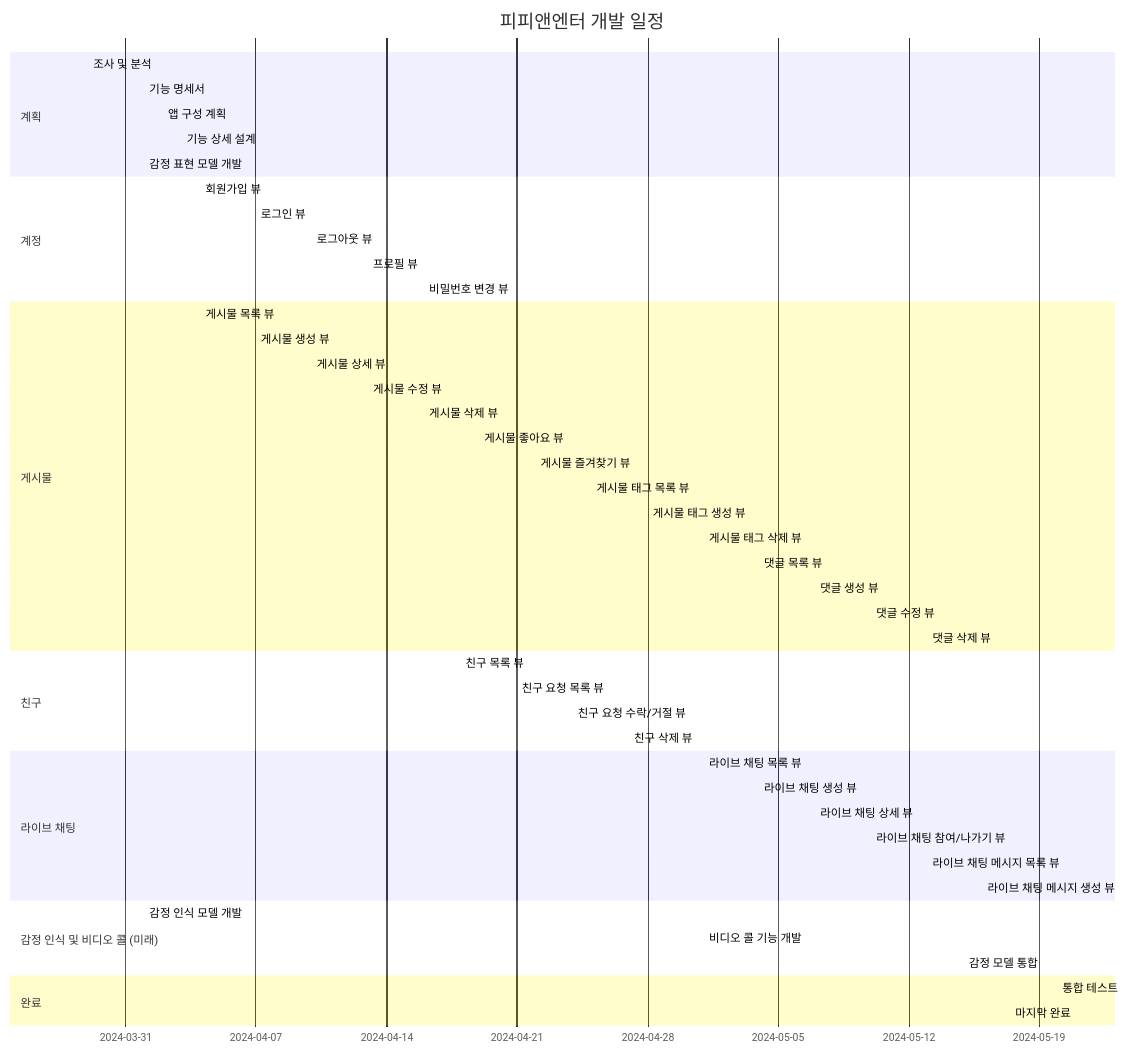
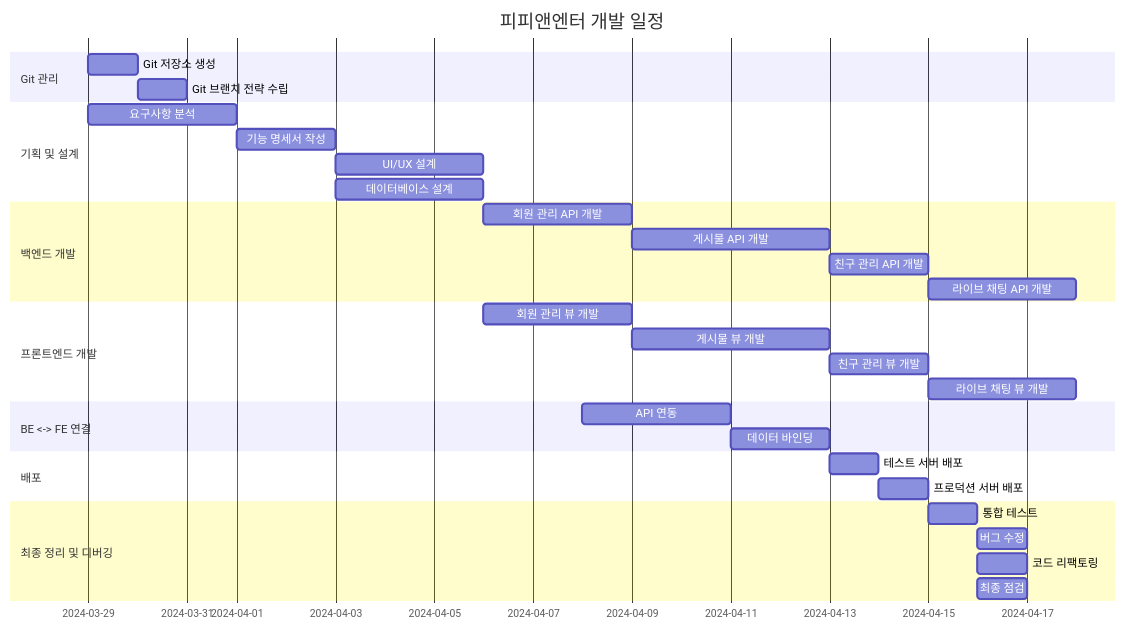
Before and after one commit to PP-ENTER/PP-ENTER-BE: the second of 7 diagrams in README.md, drawn with Mermaid.

Commit message:
DOCS : 개발 일정(WBS)

````diff
--- a/README.md
+++ b/README.md
@@ -235,53 +235,44 @@
 ```mermaid
 
 gantt
     title 피피앤엔터 개발 일정
     dateFormat YY-MM-DD
-    section 계획
-        조사 및 분석 : 2024-03-29, 3일
-        기능 명세서 : 2024-04-01, 1일
-        앱 구성 계획 : 2024-04-02, 1일
-        기능 상세 설계 : 2024-04-03, 1일
-        감정 표현 모델 개발 : 2024-04-01, 3일
-    section 계정
-        회원가입 뷰 : 2024-04-04, 3일
-        로그인 뷰 : 2024-04-07, 3일
-        로그아웃 뷰 : 2024-04-10, 3일
-        프로필 뷰 : 2024-04-13, 3일
-        비밀번호 변경 뷰 : 2024-04-16, 3일
-    section 게시물
-        게시물 목록 뷰 : 2024-04-04, 3일
-        게시물 생성 뷰 : 2024-04-07, 3일
-        게시물 상세 뷰 : 2024-04-10, 3일
-        게시물 수정 뷰 : 2024-04-13, 3일
-        게시물 삭제 뷰 : 2024-04-16, 3일
-        게시물 좋아요 뷰 : 2024-04-19, 3일
-        게시물 즐겨찾기 뷰 : 2024-04-22, 3일
-        게시물 태그 목록 뷰 : 2024-04-25, 3일
-        게시물 태그 생성 뷰 : 2024-04-28, 3일
-        게시물 태그 삭제 뷰 : 2024-05-01, 3일
-        댓글 목록 뷰 : 2024-05-04, 3일
-        댓글 생성 뷰 : 2024-05-07, 3일
-        댓글 수정 뷰 : 2024-05-10, 3일
-        댓글 삭제 뷰 : 2024-05-13, 3일
-    section 친구
-        친구 목록 뷰 : 2024-04-18, 3일
-        친구 요청 목록 뷰 : 2024-04-21, 3일
-        친구 요청 수락/거절 뷰 : 2024-04-24, 3일
-        친구 삭제 뷰 : 2024-04-27, 3일
-    section 라이브 채팅
-        라이브 채팅 목록 뷰 : 2024-05-01, 3일
-        라이브 채팅 생성 뷰 : 2024-05-04, 3일
-        라이브 채팅 상세 뷰 : 2024-05-07, 3일
-        라이브 채팅 참여/나가기 뷰 : 2024-05-10, 3일
-        라이브 채팅 메시지 목록 뷰 : 2024-05-13, 3일
-        라이브 채팅 메시지 생성 뷰 : 2024-05-16, 3일
-    section 감정 인식 및 비디오 콜 (미래)
-        감정 인식 모델 개발 : 2024-04-01, 3일
-        비디오 콜 기능 개발 : 2024-05-01, 10일
-        감정 모델 통합 : 2024-05-15, 5일
-    section 완료
-        통합 테스트 : 2024-05-20, 1일
-        마지막 완료 : 2024-05-21, 1일
+    axisFormat %Y-%m-%d
+
+    section Git 관리
+    Git 저장소 생성 : des1, 2024-03-29, 1d
+    Git 브랜치 전략 수립 : des2, after des1, 1d
+
+    section 기획 및 설계
+    요구사항 분석 : des3, 2024-03-29, 3d
+    기능 명세서 작성 : des4, after des3, 2d
+    UI/UX 설계 : des5, after des4, 3d
+    데이터베이스 설계 : des6, after des4, 3d
+
+    section 백엔드 개발
+    회원 관리 API 개발 : des7, after des6, 3d
+    게시물 API 개발 : des8, after des7, 4d
+    친구 관리 API 개발 : des9, after des8, 2d
+    라이브 채팅 API 개발 : des10, after des9, 3d
+
+    section 프론트엔드 개발
+    회원 관리 뷰 개발 : des11, after des5, 3d
+    게시물 뷰 개발 : des12, after des11, 4d
+    친구 관리 뷰 개발 : des13, after des12, 2d
+    라이브 채팅 뷰 개발 : des14, after des13, 3d
+
+    section BE <-> FE 연결
+    API 연동 : des15, 2024-04-08, 3d
+    데이터 바인딩 : des16, after des15, 2d
+
+    section 배포
+    테스트 서버 배포 : des17, 2024-04-13, 1d
+    프로덕션 서버 배포 : des18, after des17, 1d
+
+    section 최종 정리 및 디버깅
+    통합 테스트 : des19, 2024-04-15, 1d
+    버그 수정 : des20, 2024-04-16, 1d
+    코드 리팩토링 : des21, 2024-04-16, 1d
+    최종 점검 : des22, 2024-04-16, 1d
 
 ```
````
